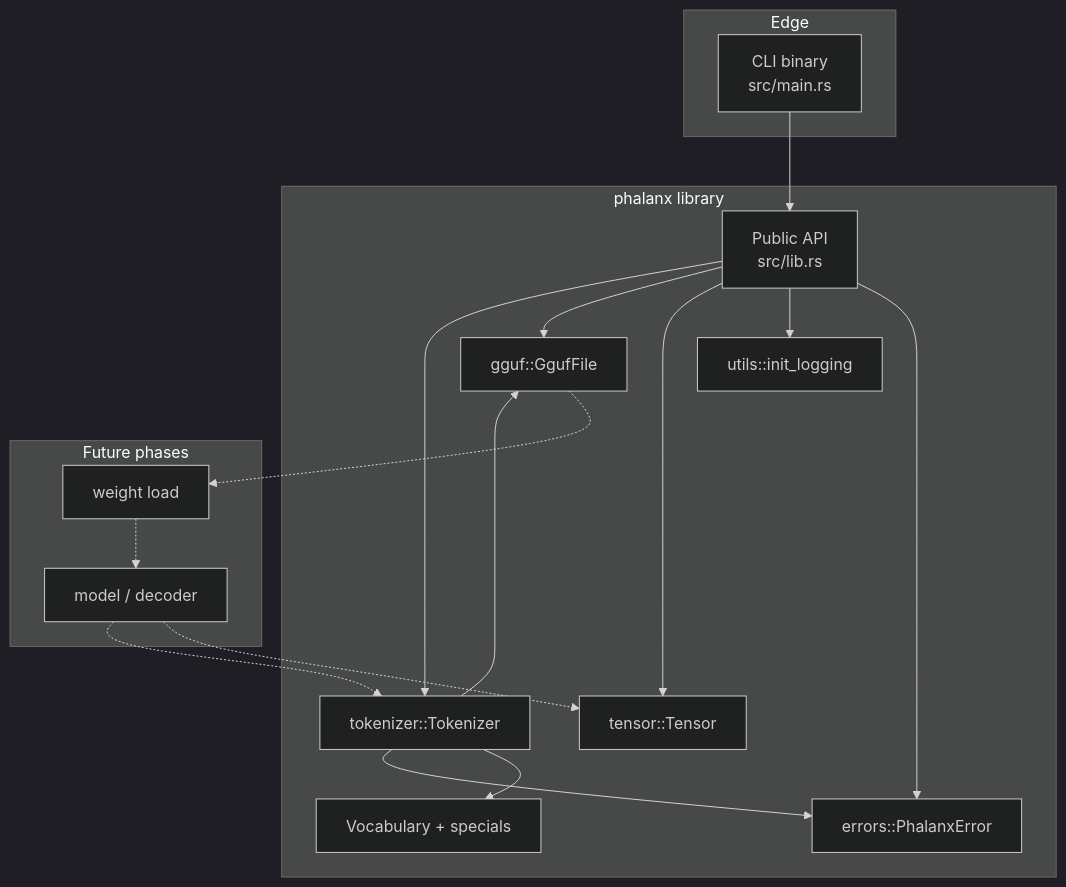
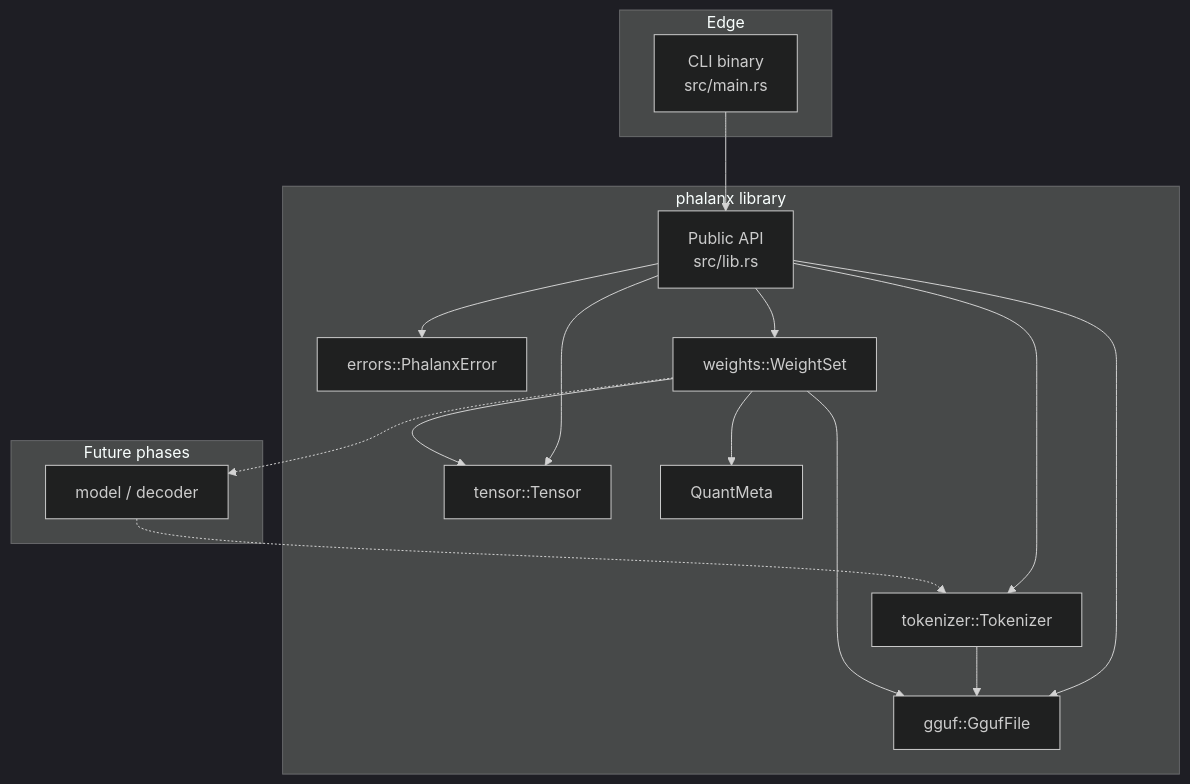
The diagram in README.md (404khai/phalanx), drawn with Mermaid (dark theme) before and after one commit. The commit also changed other lines of this file and 17 other files, not shown here.

First line of the commit message:
feat(weights): mmap GGUF payloads with quantization metadata

````diff
--- a/README.md
+++ b/README.md
@@ -44,35 +44,33 @@
 ```mermaid
 flowchart TB
     subgraph edge [Edge]
         CLI["CLI binary<br/>src/main.rs"]
     end
 
     subgraph library [phalanx library]
         API["Public API<br/>src/lib.rs"]
         Errors["errors::PhalanxError"]
-        Utils["utils::init_logging"]
         Tensor["tensor::Tensor"]
         GGUF["gguf::GgufFile"]
         Tok["tokenizer::Tokenizer"]
-        Vocab["Vocabulary + specials"]
+        Weights["weights::WeightSet"]
+        Quant["QuantMeta"]
     end
 
     subgraph future [Future phases]
-        Weights["weight load"]
         Model["model / decoder"]
     end
 
     CLI --> API
     API --> Errors
-    API --> Utils
     API --> Tensor
     API --> GGUF
     API --> Tok
+    API --> Weights
     Tok --> GGUF
-    Tok --> Vocab
-    Tok --> Errors
-    GGUF -.-> Weights
+    Weights --> GGUF
+    Weights --> Quant
+    Weights --> Tensor
     Weights -.-> Model
-    Model -.-> Tensor
     Model -.-> Tok
 ```
````
